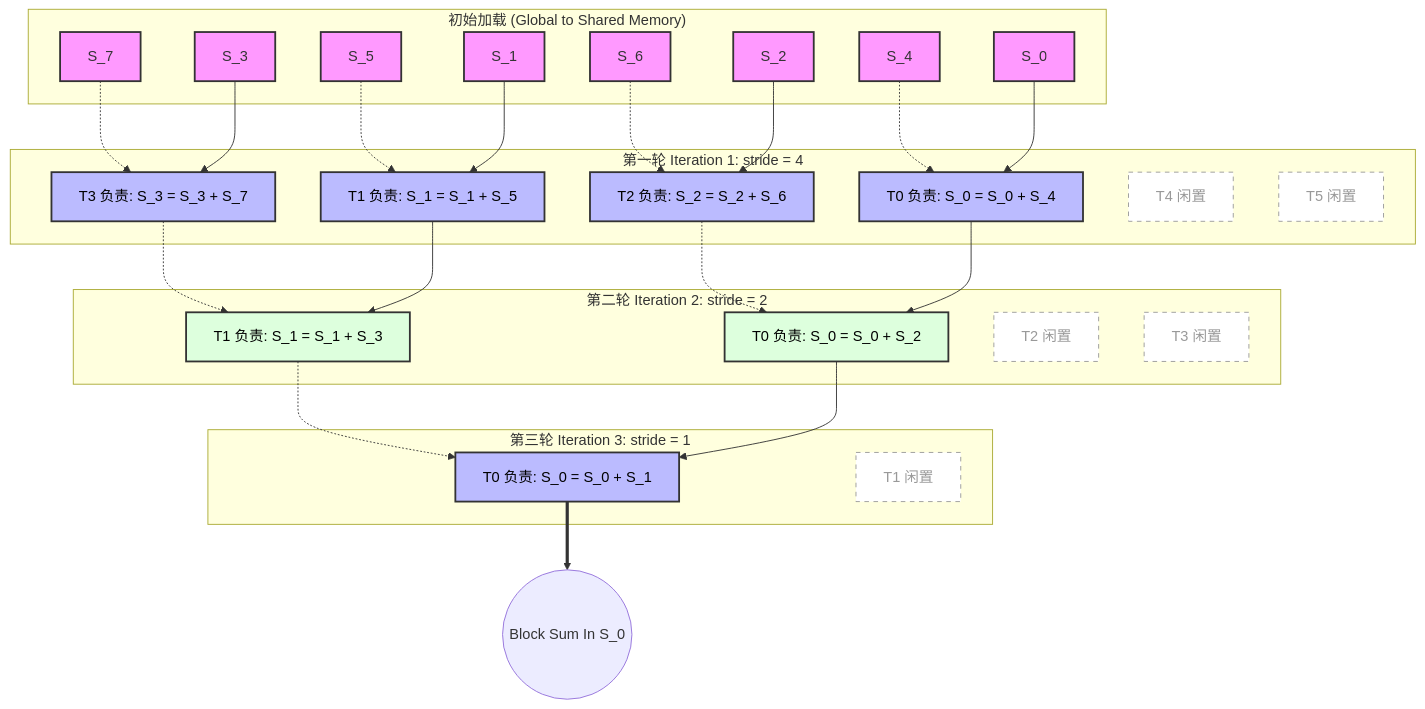
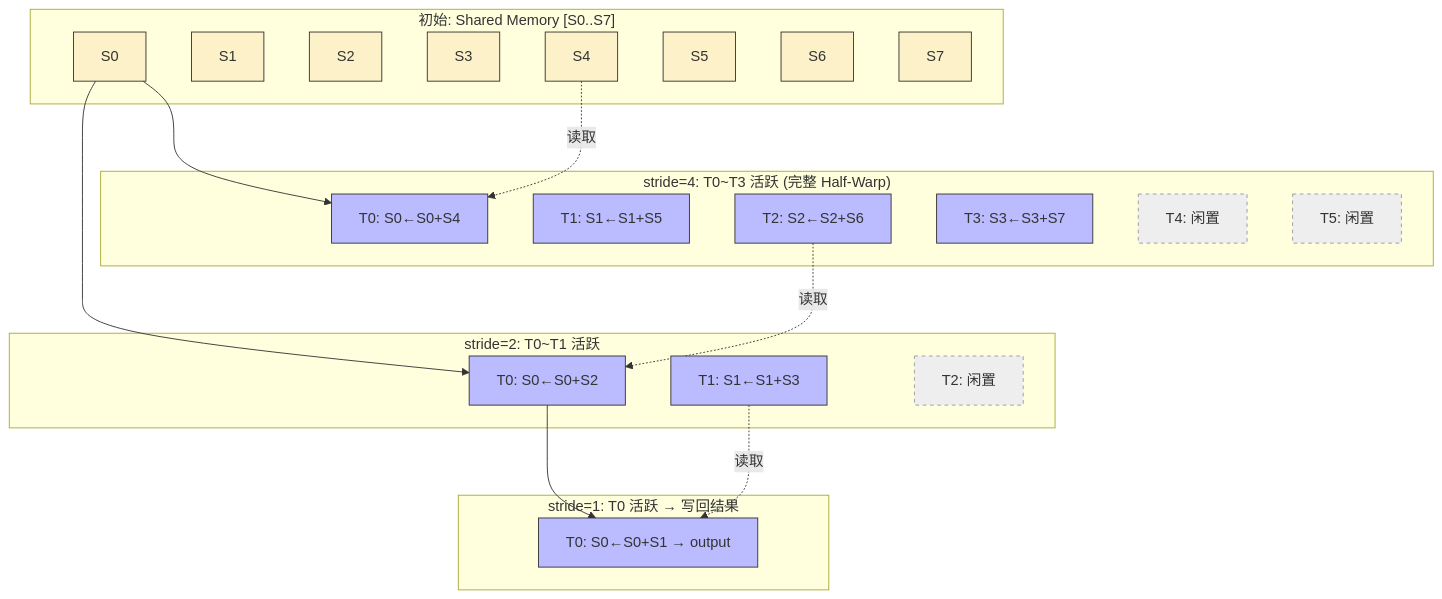
One commit to psmarter/CUDA-Practice changed the first of 2 diagrams in 02_Reduction/README.md. Above: the diagram before and after it, drawn with Mermaid. The commit also changed other lines of this file and 14 other files, not shown here.

````diff
--- a/02_Reduction/README.md
+++ b/02_Reduction/README.md
@@ -41,58 +47,43 @@
 ```mermaid
 graph TD
-    classDef memory fill:#f9f,stroke:#333,stroke-width:2px;
-    classDef threadA fill:#bbf,stroke:#333,stroke-width:2px,color:#000;
-    classDef threadB fill:#dfd,stroke:#333,stroke-width:2px,color:#000;
-    classDef idle fill:#fff,stroke:#999,stroke-width:1px,stroke-dasharray: 5 5,color:#999;
+    classDef active fill:#bbf,stroke:#333;
+    classDef idle fill:#eee,stroke:#999,stroke-dasharray:4 4;
+    classDef data fill:#fcf1c8,stroke:#333;
 
-    subgraph "初始加载 (Global to Shared Memory)"
-       S0[S_0]:::memory
-       S1[S_1]:::memory
-       S2[S_2]:::memory
-       S3[S_3]:::memory
-       S4[S_4]:::memory
-       S5[S_5]:::memory
-       S6[S_6]:::memory
-       S7[S_7]:::memory
+    subgraph "初始: Shared Memory [S0..S7]"
+        S0[S0]:::data
+        S1[S1]:::data
+        S2[S2]:::data
+        S3[S3]:::data
+        S4[S4]:::data
+        S5[S5]:::data
+        S6[S6]:::data
+        S7[S7]:::data
     end
 
-    subgraph "第一轮 Iteration 1: stride = 4"
-       T0[T0 负责: S_0 = S_0 + S_4]:::threadA
-       T1[T1 负责: S_1 = S_1 + S_5]:::threadA
-       T2[T2 负责: S_2 = S_2 + S_6]:::threadA
-       T3[T3 负责: S_3 = S_3 + S_7]:::threadA
-       T4_idle[T4 闲置]:::idle
-       T5_idle[T5 闲置]:::idle
-       
-       S4 -.-> T0
-       S0 --> T0
-       S5 -.-> T1
-       S1 --> T1
-       S6 -.-> T2
-       S2 --> T2
-       S7 -.-> T3
-       S3 --> T3
+    subgraph "stride=4: T0~T3 活跃 (完整 Half-Warp)"
+        A0["T0: S0←S0+S4"]:::active
+        A1["T1: S1←S1+S5"]:::active
+        A2["T2: S2←S2+S6"]:::active
+        A3["T3: S3←S3+S7"]:::active
+        I4["T4: 闲置"]:::idle
+        I5["T5: 闲置"]:::idle
     end
 
-    subgraph "第二轮 Iteration 2: stride = 2"
-       T0_2[T0 负责: S_0 = S_0 + S_2]:::threadB
-       T1_2[T1 负责: S_1 = S_1 + S_3]:::threadB
-       T2_idle2[T2 闲置]:::idle
-       T3_idle2[T3 闲置]:::idle
-
-       T2 -.-> T0_2
-       T0 --> T0_2
-       T3 -.-> T1_2
-       T1 --> T1_2
-    end
-    
-    subgraph "第三轮 Iteration 3: stride = 1"
-       T0_3[T0 负责: S_0 = S_0 + S_1]:::threadA
-       T1_idle[T1 闲置]:::idle
-       
-       T1_2 -.-> T0_3
-       T0_2 --> T0_3
+    subgraph "stride=2: T0~T1 活跃"
+        B0["T0: S0←S0+S2"]:::active
+        B1["T1: S1←S1+S3"]:::active
+        B2["T2: 闲置"]:::idle
     end
 
-    T0_3 ==> Result((Block Sum In S_0))
+    subgraph "stride=1: T0 活跃 → 写回结果"
+        C0["T0: S0←S0+S1 → output"]:::active
+    end
+
+    S4 -.->|读取| A0
+    S0 --> A0
+    S0 --> B0
+    A2 -.->|读取| B0
+    B1 -.->|读取| C0
+    B0 --> C0
 ```
````
